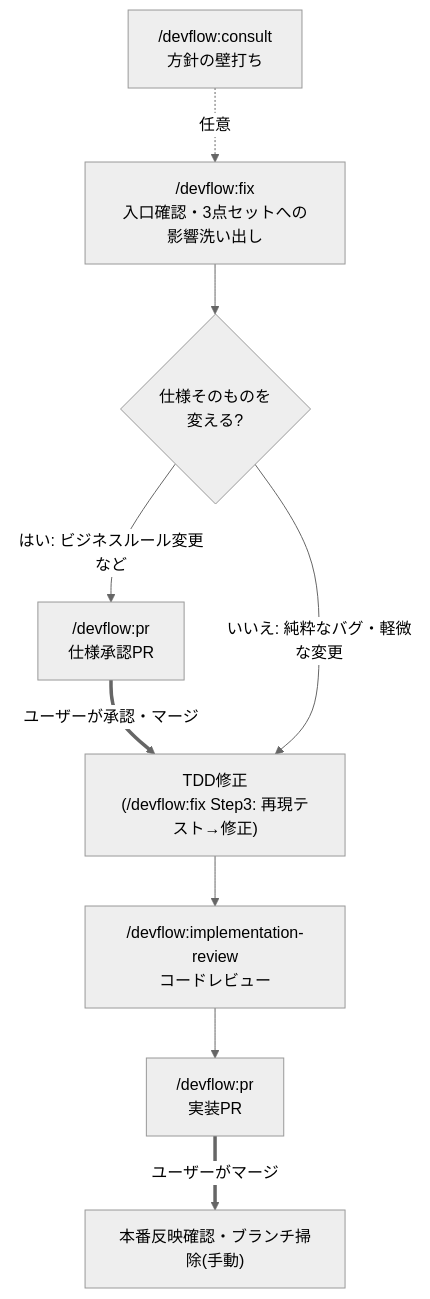
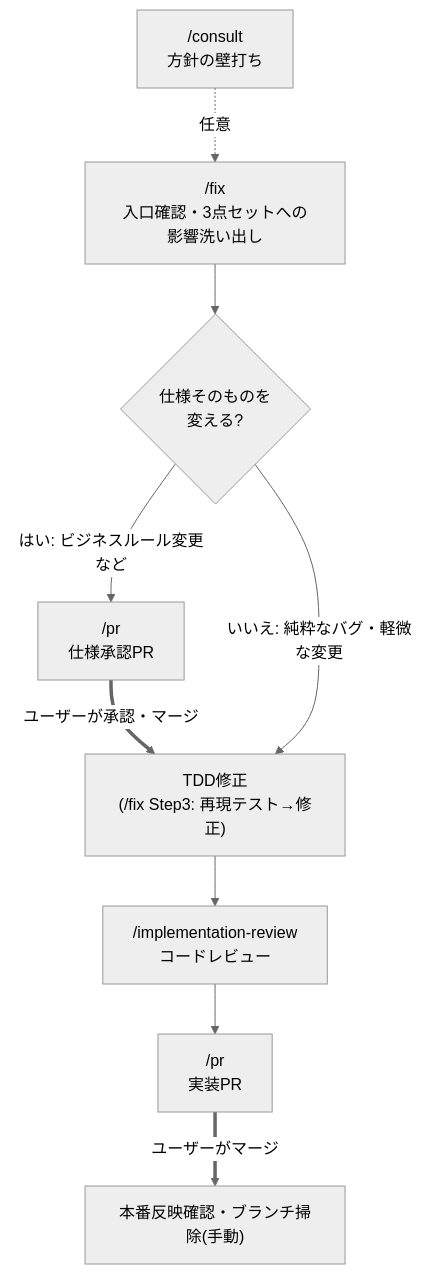
Before and after one commit to dnode-ryosuke-yamazaki/study: the second of 2 diagrams in .claude/skills/README.md, drawn with Mermaid (neutral theme). The commit also changed other lines of this file and 111 other files, not shown here.

````diff
--- a/.claude/skills/README.md
+++ b/.claude/skills/README.md
@@ -118,20 +118,20 @@
 ```mermaid
 flowchart TD
-    consult["/devflow:consult<br>方針の壁打ち"]
-    fix["/devflow:fix<br>入口確認・3点セットへの影響洗い出し"]
+    consult["/consult<br>方針の壁打ち"]
+    fix["/fix<br>入口確認・3点セットへの影響洗い出し"]
     branch{"仕様そのものを<br>変える?"}
-    prspec["/devflow:pr<br>仕様承認PR"]
-    tdd["TDD修正<br>(/devflow:fix Step3: 再現テスト→修正)"]
-    implreview["/devflow:implementation-review<br>コードレビュー"]
-    primpl["/devflow:pr<br>実装PR"]
+    prspec["/pr<br>仕様承認PR"]
+    tdd["TDD修正<br>(/fix Step3: 再現テスト→修正)"]
+    implreview["/implementation-review<br>コードレビュー"]
+    primpl["/pr<br>実装PR"]
     release["本番反映確認・ブランチ掃除(手動)"]
 
     consult -.任意.-> fix
     fix --> branch
     branch -->|はい: ビジネスルール変更など| prspec
     prspec ==>|ユーザーが承認・マージ| tdd
     branch -->|いいえ: 純粋なバグ・軽微な変更| tdd
     tdd --> implreview
     implreview --> primpl
     primpl ==>|ユーザーがマージ| release
 ```
````
